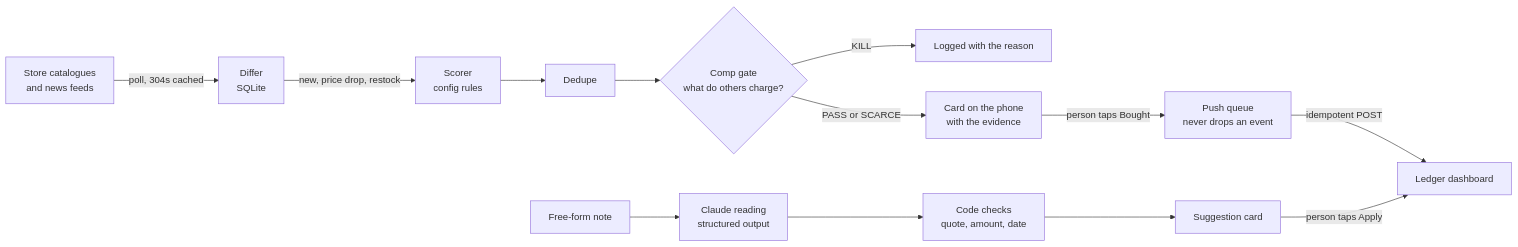
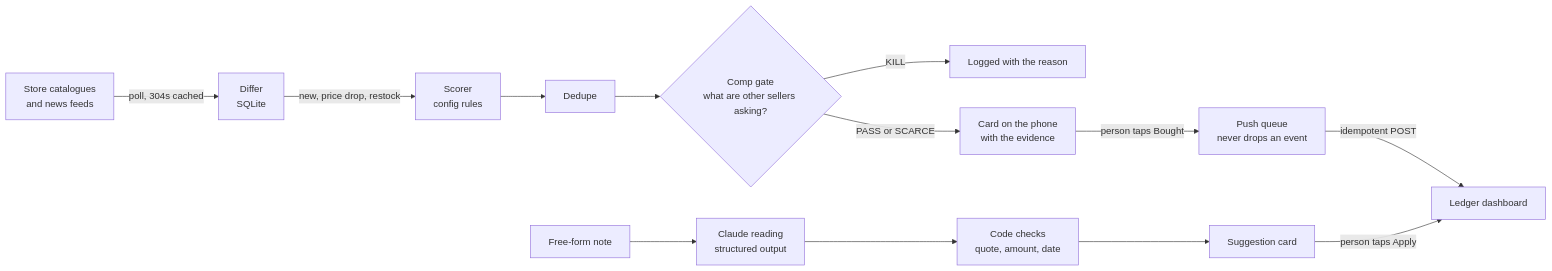
Before and after one commit to Logan-Cope/deal-radar: the diagram in README.md, drawn with Mermaid. The commit also changed other lines of this file and 13 other files, not shown here.

First line of the commit message:
Say what the radar is: plain code, compared against asking prices

````diff
--- a/README.md
+++ b/README.md
@@ -45,15 +47,15 @@
 ```mermaid
 flowchart LR
     S[Store catalogues<br/>and news feeds] -->|poll, 304s cached| D[Differ<br/>SQLite]
     D -->|new, price drop, restock| R[Scorer<br/>config rules]
     R --> Q[Dedupe]
-    Q --> C{Comp gate<br/>what do others charge?}
+    Q --> C{Comp gate<br/>what are other sellers asking?}
     C -->|KILL| K[Logged with the reason]
     C -->|PASS or SCARCE| P[Card on the phone<br/>with the evidence]
     P -->|person taps Bought| O[Push queue<br/>never drops an event]
     O -->|idempotent POST| L[Ledger dashboard]
     N[Free-form note] --> M[Claude reading<br/>structured output]
     M --> X[Code checks<br/>quote, amount, date]
     X --> G[Suggestion card]
     G -->|person taps Apply| L
 ```
````
